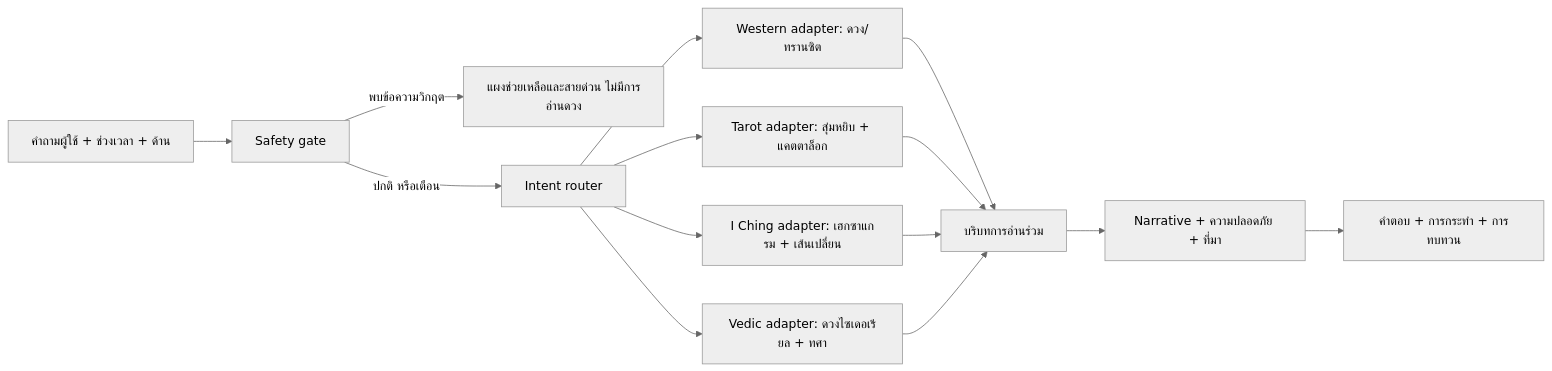
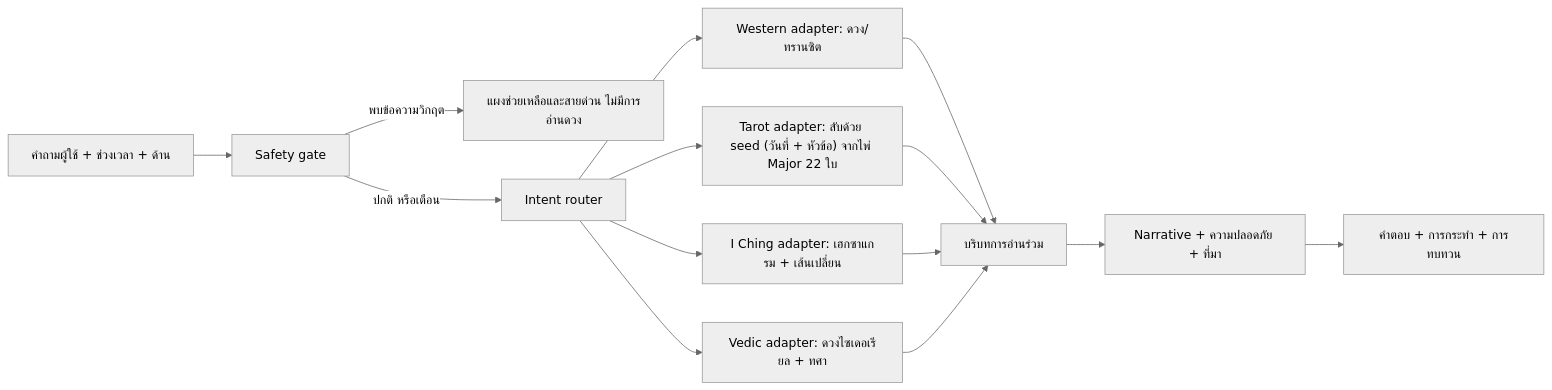
The first of 3 diagrams in ANSWER_TH.md (Dxrksvng/AIdailyFortune), drawn with Mermaid (neutral theme) before and after one commit. The commit also changed other lines of this file and 4 other files, not shown here.

````diff
--- a/ANSWER_TH.md
+++ b/ANSWER_TH.md
@@ -151,16 +140,16 @@
 ```mermaid
 flowchart LR
     Q["คำถามผู้ใช้ + ช่วงเวลา + ด้าน"] --> G["Safety gate"]
     G -->|"พบข้อความวิกฤต"| H["แผงช่วยเหลือและสายด่วน ไม่มีการอ่านดวง"]
     G -->|"ปกติ หรือเตือน"| R["Intent router"]
     R --> W["Western adapter: ดวง/ทรานซิต"]
-    R --> T["Tarot adapter: สุ่มหยิบ + แคตตาล็อก"]
+    R --> T["Tarot adapter: สับด้วย seed (วันที่ + หัวข้อ) จากไพ่ Major 22 ใบ"]
     R --> I["I Ching adapter: เฮกซาแกรม + เส้นเปลี่ยน"]
     R --> V["Vedic adapter: ดวงไซเดอเรียล + ทศา"]
     W --> C["บริบทการอ่านร่วม"]
     T --> C
     I --> C
     V --> C
     C --> N["Narrative + ความปลอดภัย + ที่มา"]
     N --> F["คำตอบ + การกระทำ + การทบทวน"]
 ```
````
